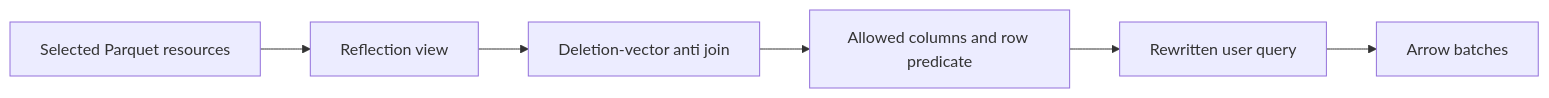
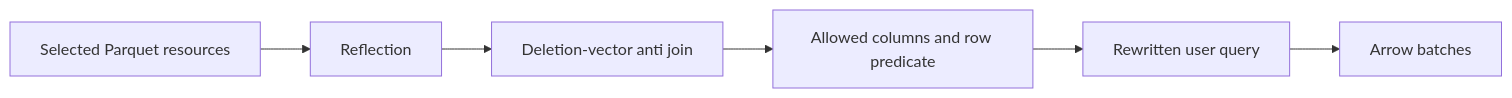
The diagram in docs/09_query_engine.md (kladnasoft/supertable), drawn with Mermaid before and after one commit. The commit also changed other lines of this file and 7 other files, not shown here.

````diff
--- a/docs/09_query_engine.md
+++ b/docs/09_query_engine.md
@@ -89,8 +89,8 @@
 ```mermaid
 flowchart LR
-    P[Selected Parquet resources] --> V[Reflection view]
+    P[Selected Parquet resources] --> V[Reflection]
     V --> D[Deletion-vector anti join]
     D --> R[Allowed columns and row predicate]
     R --> Q[Rewritten user query]
     Q --> A[Arrow batches]
 ```
````
